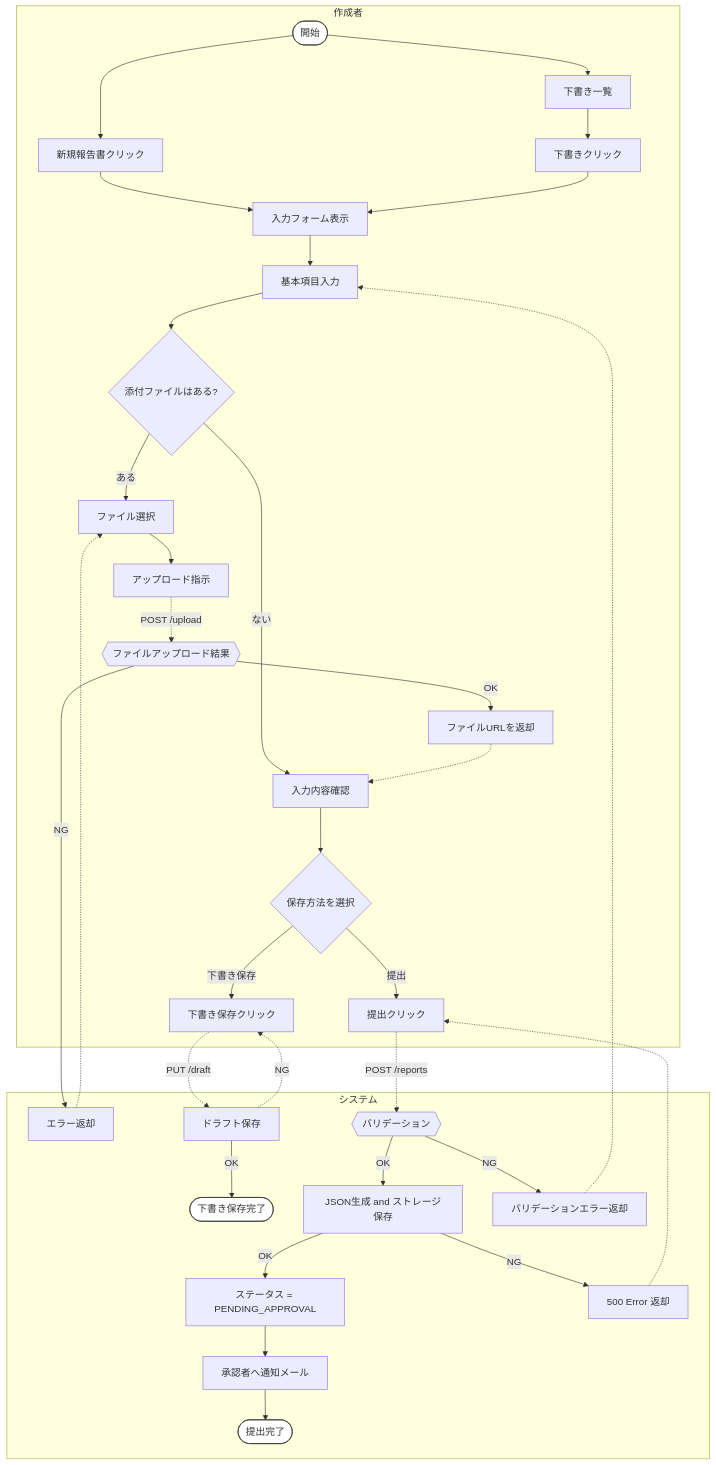
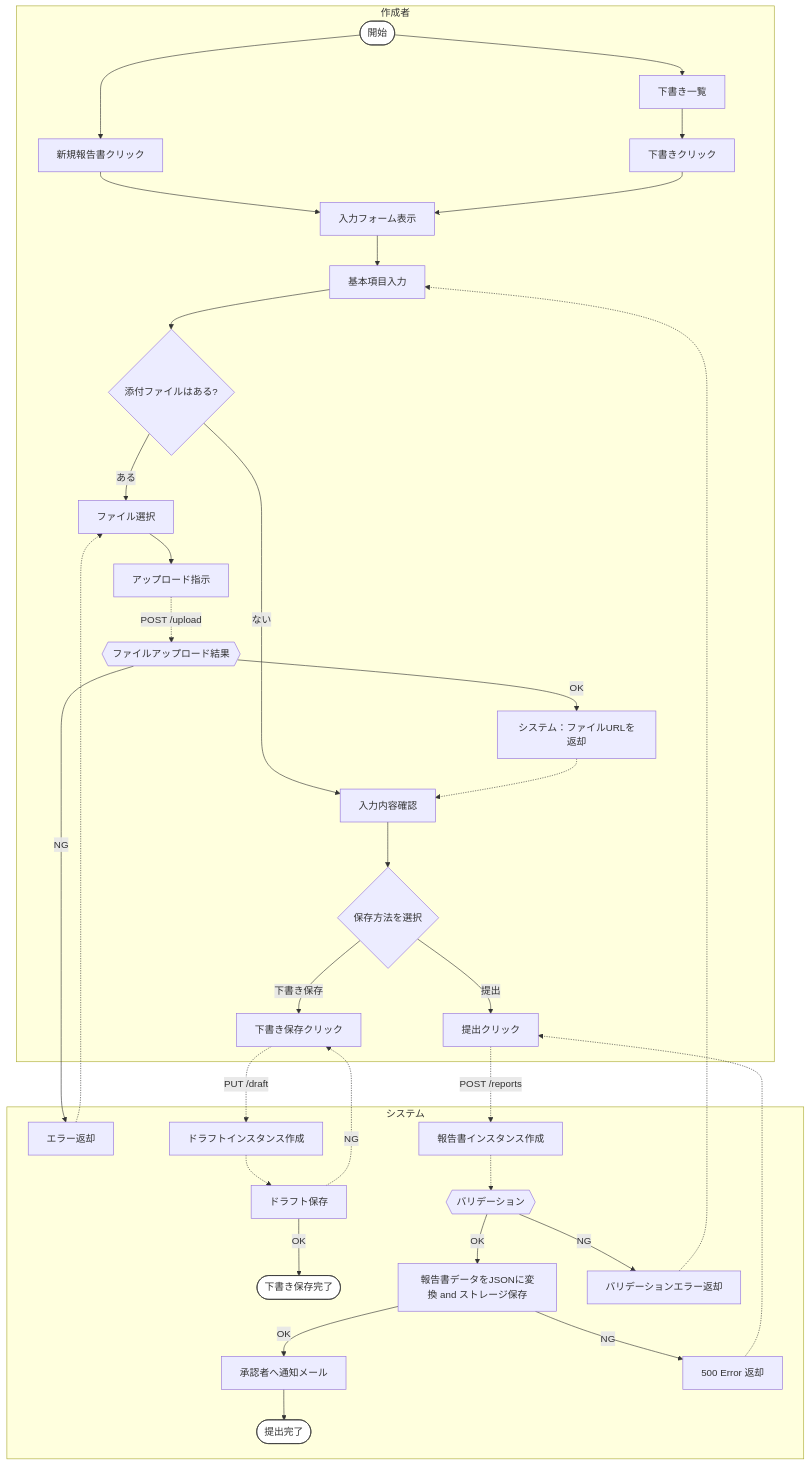
Before and after one commit to MineyamaHiyori/detailed_architect: the diagram in act.md, drawn with Mermaid.

Commit message:
[add]システム側の処理にインスタンス作成を追加

````diff
--- a/act.md
+++ b/act.md
@@ -1,40 +1,40 @@
 ```mermaid
-flowchart TD
+ flowchart TD
   subgraph 作成者
     A0([開始]) --> A1["新規報告書クリック"]
     A0 --> D0["下書き一覧"]
     D0 --> D1["下書きクリック"]
     A1 --> A2["入力フォーム表示"]
     D1 --> A2
     A2 --> A3["基本項目入力"]
     A3 --> A4{"添付ファイルはある?"}
     A4 -- ある --> A5["ファイル選択"]
     A5 --> A6["アップロード指示"]
     A4 -- ない --> A7["入力内容確認"]
     A6 -.->|POST /upload| S1
     S2 -.-> A7
     A7 --> A8{"保存方法を選択"}
     A8 -- 下書き保存 --> A9["下書き保存クリック"]
     A8 -- 提出 --> A10["提出クリック"]
   end
 
   subgraph システム
     S1{{ファイルアップロード結果}}
-    S1 -- OK --> S2["ファイルURLを返却"]
+    S1 -- OK --> S2["システム：ファイルURLを返却"]
     S1 -- NG --> S3["エラー返却"] -.-> A5
-    A9 -.-> |PUT /draft| S4["ドラフト保存"]
-    S4 -- OK --> S5([下書き保存完了])
-    A10 -.-> |POST /reports| S6{{バリデーション}}
-    S6 -- OK --> S7["JSON生成 and ストレージ保存"]
-    S7 -- OK --> S8["ステータス = PENDING_APPROVAL"]
-    S8 --> S9["承認者へ通知メール"]
-    S9 --> S10([提出完了])
-    S6 -- NG  --> S11["バリデーションエラー返却"] -.-> A3
-    S7 -- NG --> S12["500 Error 返却"] -.-> A10
-    S4 -.->|NG| A9
+    A9 -.-> |PUT /draft| S4["ドラフトインスタンス作成"]
+    S4 -.-> S5["ドラフト保存"]
+    S5 -- OK --> S6([下書き保存完了])
+    A10 -.-> |POST /reports| S7["報告書インスタンス作成"] -.-> S8{{バリデーション}}
+    S8 -- OK --> S9["報告書データをJSONに変換 and ストレージ保存"]
+    S9 -- OK --> S10["承認者へ通知メール"]
+    S10 --> S11([提出完了])
+    S8 -- NG  --> S13["バリデーションエラー返却"] -.-> A3
+    S9 -- NG --> S14["500 Error 返却"] -.-> A10
+    S5 -.->|NG| A9
   end
 
   %% --- スタイル定義 ---------------------------
   classDef term fill:#fff,stroke:#333;
-  class A0,S5,S10 term;
+  class A0,S6,S11 term;
 ```
````
